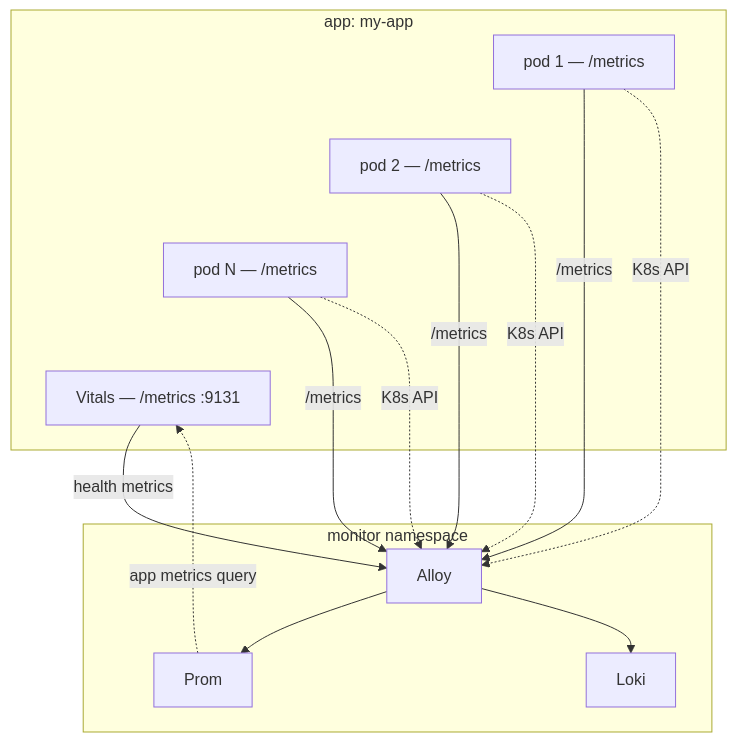
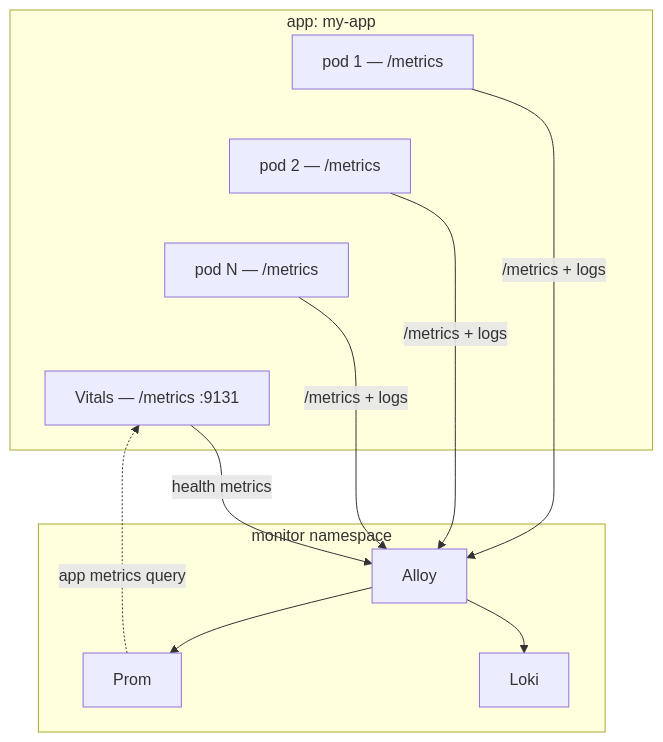
Before and after one commit to Kord96/kordinate: the diagram in docs/reference/patterns/observability-contract.md, drawn with Mermaid. The commit also changed other lines of this file, not shown here.

Commit message:
docs: simplify to single /metrics + logs arrow [scribe]

````diff
--- a/docs/reference/patterns/observability-contract.md
+++ b/docs/reference/patterns/observability-contract.md
@@ -7,19 +7,18 @@
 ```mermaid
 flowchart TB
     subgraph app["app: my-app"]
         P1[pod 1 — /metrics]
         P2[pod 2 — /metrics]
         PN[pod N — /metrics]
         VIT[Vitals — /metrics :9131]
         P1 ~~~ P2 ~~~ PN ~~~ VIT
     end
 
-    P1 & P2 & PN -->|/metrics| AL
-    P1 & P2 & PN -.->|K8s API| AL
+    P1 & P2 & PN -->|/metrics + logs| AL
     VIT -->|health metrics| AL
     PR -.->|app metrics query| VIT
 
     subgraph mon[monitor namespace]
         AL[Alloy] --> PR[Prom] & LK[Loki]
     end
 ```
````
